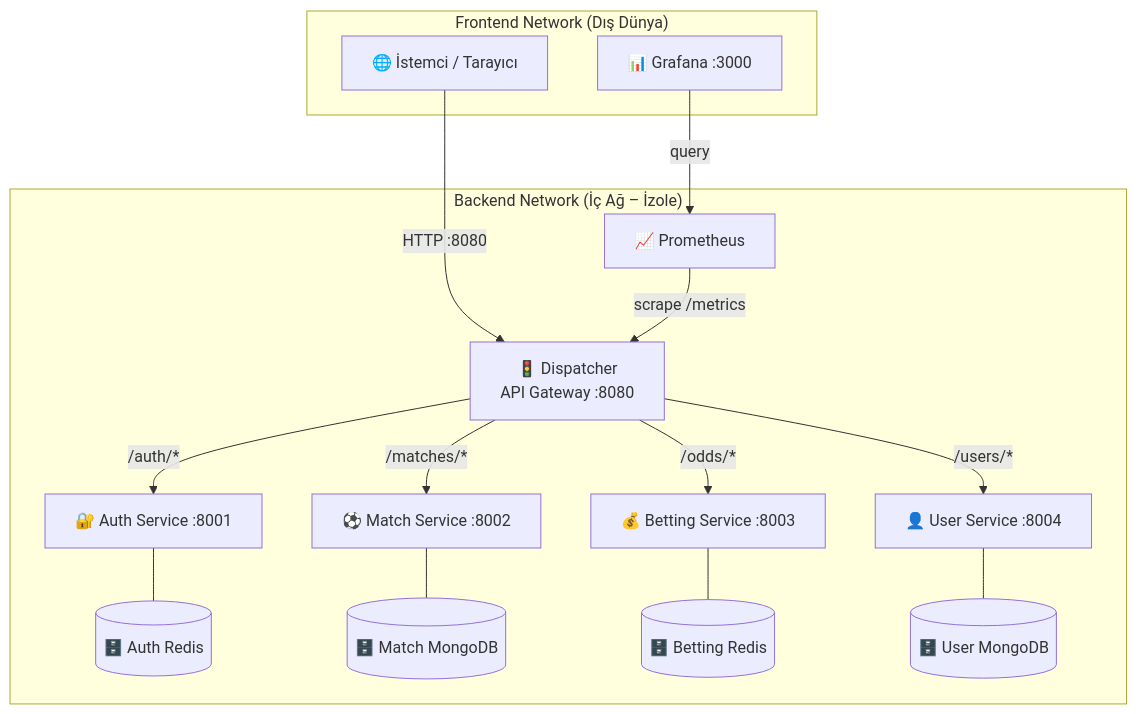
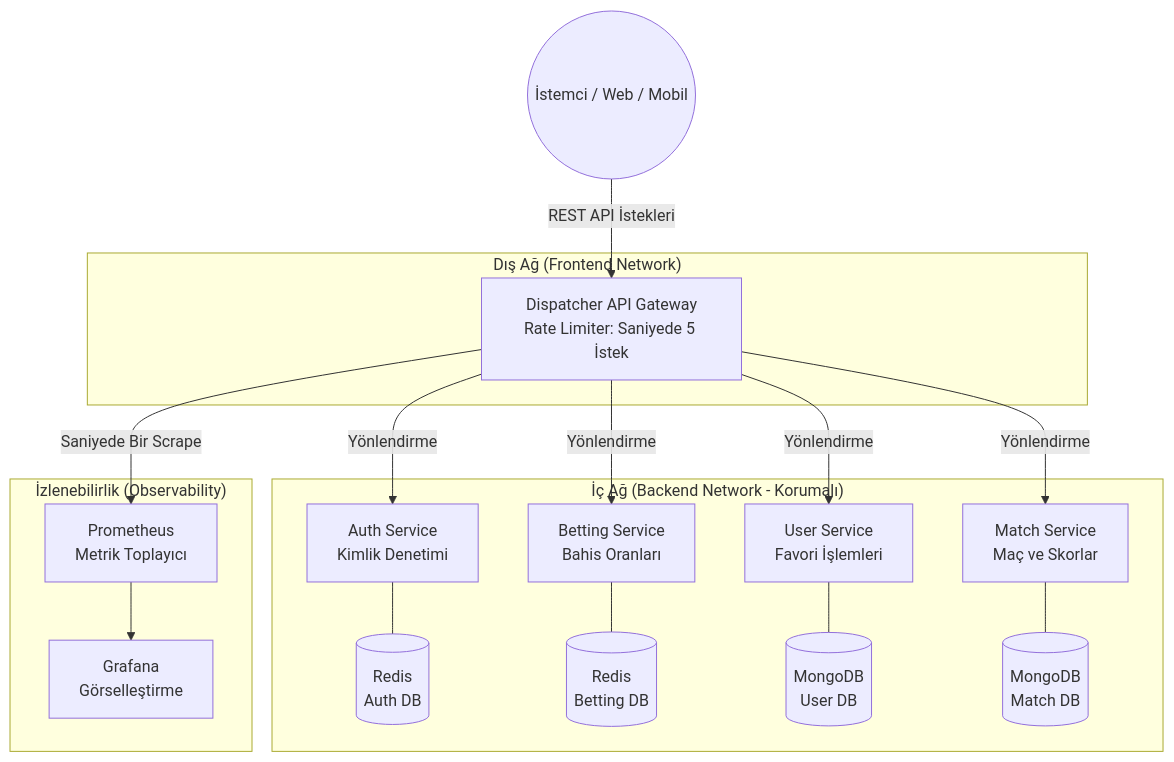
Before and after one commit to DuhaYusufBindere/yazgellab.II-I: the first of 3 diagrams in README.md, drawn with Mermaid. The commit also changed other lines of this file, not shown here.

````diff
--- a/README.md
+++ b/README.md
@@ -36,32 +20,38 @@
 ```mermaid
-graph TB
-    subgraph "Frontend Network (Dış Dünya)"
-        CLIENT["🌐 İstemci / Tarayıcı"]
-        GRAFANA["📊 Grafana :3000"]
+graph TD
+    Client(("İstemci / Web / Mobil"))
+    
+    subgraph Frontend["Dış Ağ (Frontend Network)"]
+        Gateway["Dispatcher API Gateway<br>Rate Limiter: Saniyede 5 İstek"]
+    end
+    
+    subgraph Backend["İç Ağ (Backend Network - Korumalı)"]
+        Auth["Auth Service<br>Kimlik Denetimi"]
+        User["User Service<br>Favori İşlemleri"]
+        Match["Match Service<br>Maç ve Skorlar"]
+        Betting["Betting Service<br>Bahis Oranları"]
+        
+        AuthDB[("Redis<br>Auth DB")]
+        BettingDB[("Redis<br>Betting DB")]
+        UserDB[("MongoDB<br>User DB")]
+        MatchDB[("MongoDB<br>Match DB")]
+    end
+    
+    subgraph Observability["İzlenebilirlik (Observability)"]
+        Prometheus["Prometheus<br>Metrik Toplayıcı"]
+        Grafana["Grafana<br>Görselleştirme"]
     end
 
-    subgraph "Backend Network (İç Ağ – İzole)"
-        DISPATCHER["🚦 Dispatcher<br/>API Gateway :8080"]
-        AUTH["🔐 Auth Service :8001"]
-        MATCH["⚽ Match Service :8002"]
-        BETTING["💰 Betting Service :8003"]
-        USER["👤 User Service :8004"]
-        AUTHDB[("🗄️ Auth Redis")]
-        MATCHDB[("🗄️ Match MongoDB")]
-        BETTINGDB[("🗄️ Betting Redis")]
-        USERDB[("🗄️ User MongoDB")]
-        PROM["📈 Prometheus"]
-    end
-
-    CLIENT -->|HTTP :8080| DISPATCHER
-    DISPATCHER -->|/auth/*| AUTH
-    DISPATCHER -->|/matches/*| MATCH
-    DISPATCHER -->|/odds/*| BETTING
-    DISPATCHER -->|/users/*| USER
-    AUTH --- AUTHDB
-    MATCH --- MATCHDB
-    BETTING --- BETTINGDB
-    USER --- USERDB
-    PROM -->|scrape /metrics| DISPATCHER
-    GRAFANA -->|query| PROM
+    Client -- REST API İstekleri --> Gateway
+    Gateway -- Yönlendirme --> Auth
+    Gateway -- Yönlendirme --> User
+    Gateway -- Yönlendirme --> Match
+    Gateway -- Yönlendirme --> Betting
+    Gateway -- Saniyede Bir Scrape --> Prometheus
+    Prometheus --> Grafana
+    
+    Auth --- AuthDB
+    Betting --- BettingDB
+    User --- UserDB
+    Match --- MatchDB
 ```
````
